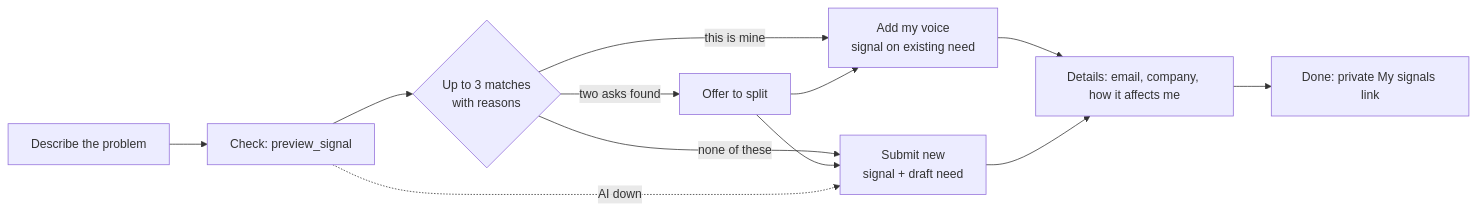
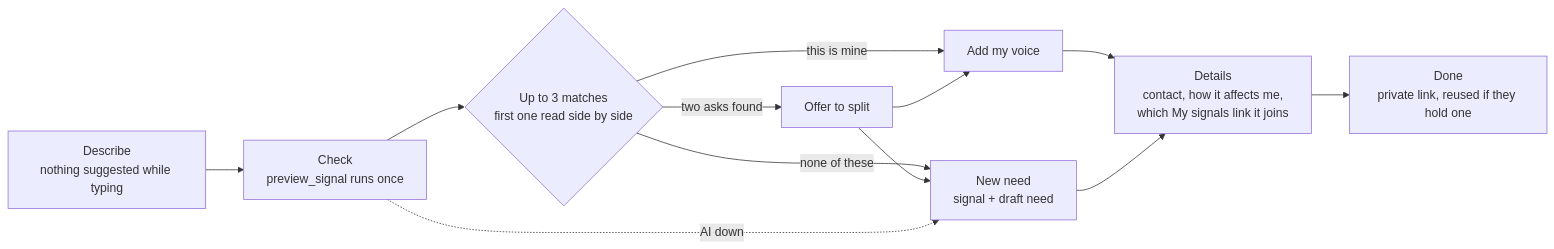
One commit to gaboesquivel/flow-signal changed the third of 9 diagrams in docs/harness/product-workflows.md. Above: the diagram before and after it, drawn with Mermaid. The commit also changed other lines of this file and 7 other files, not shown here.

First line of the commit message:
docs(harness): refresh diagrams for specs 006, 007, and 010 (#12)

````diff
--- a/docs/harness/product-workflows.md
+++ b/docs/harness/product-workflows.md
@@ -36,14 +39,14 @@
 ```mermaid
 flowchart LR
-  A[Describe the problem] --> B[Check: preview_signal]
-  B --> C{Up to 3 matches<br/>with reasons}
-  C -->|this is mine| D[Add my voice<br/>signal on existing need]
-  C -->|none of these| E[Submit new<br/>signal + draft need]
+  A[Describe<br/>nothing suggested while typing] --> B[Check<br/>preview_signal runs once]
+  B --> C{Up to 3 matches<br/>first one read side by side}
+  C -->|this is mine| D[Add my voice]
+  C -->|none of these| E[New need<br/>signal + draft need]
   C -->|two asks found| F[Offer to split]
   F --> D
   F --> E
-  D --> G[Details: email, company, how it affects me]
+  D --> G[Details<br/>contact, how it affects me,<br/>which My signals link it joins]
   E --> G
-  G --> H[Done: private My signals link]
+  G --> H[Done<br/>private link, reused if they hold one]
   B -. AI down .-> E
 ```
````
